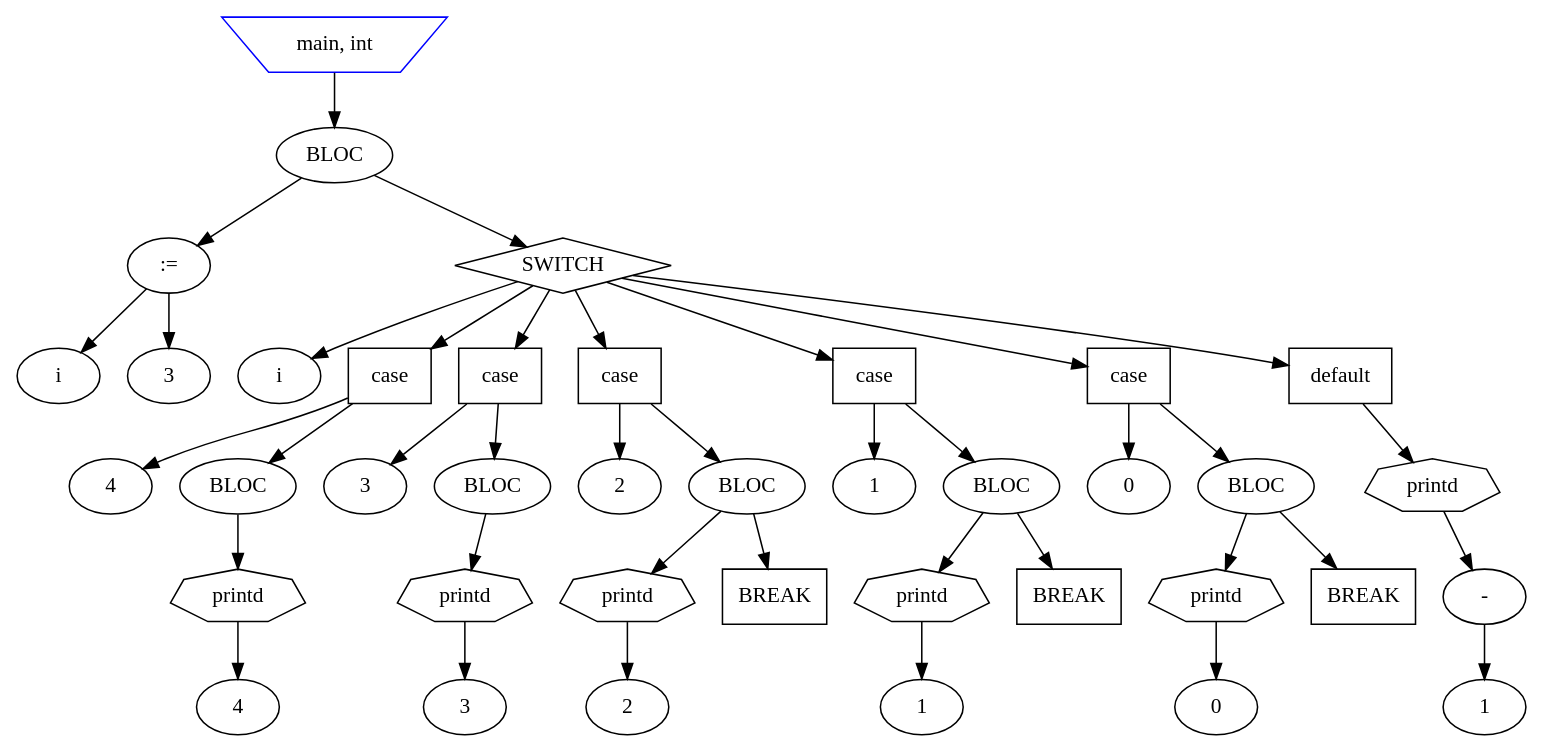
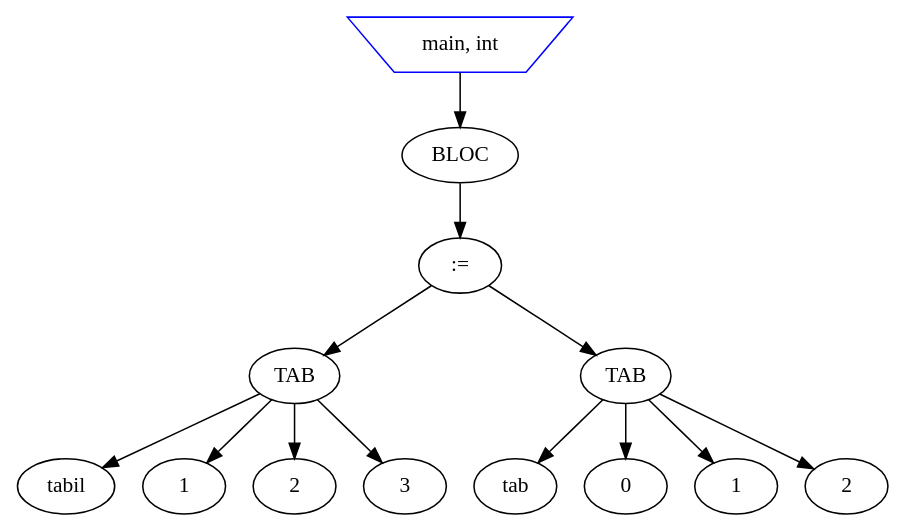
One commit to Oussama-belhout/PRJ_COMPILE_UNICA changed the diagram in Graph.dot. Above: the diagram before and after it, drawn with Graphviz. The commit also changed 9 other files, not shown here.

```diff
--- a/Graph.dot
+++ b/Graph.dot
@@ -1,79 +1,27 @@
 digraph AST {
   n0 [label="main, int", shape=invtrapezium, color=blue];
   n1 [label="BLOC", shape=ellipse];
   n0 -> n1;
   n2 [label=":=", shape=ellipse];
   n1 -> n2;
-  n3 [label="i", shape=ellipse];
+  n3 [label="TAB", shape=ellipse];
   n2 -> n3;
-  n4 [label="3", shape=ellipse];
-  n2 -> n4;
-  n5 [label="SWITCH", shape=diamond];
-  n1 -> n5;
-  n6 [label="i", shape=ellipse];
-  n5 -> n6;
-  n7 [label="case", shape=box];
-  n5 -> n7 [label=""];
-  n8 [label="4", shape=ellipse];
-  n7 -> n8;
-  n9 [label="BLOC", shape=ellipse];
-  n7 -> n9;
-  n10 [label="printd", shape=septagon];
-  n9 -> n10;
-  n11 [label="4", shape=ellipse];
-  n10 -> n11;
-  n12 [label="case", shape=box];
-  n5 -> n12 [label=""];
-  n13 [label="3", shape=ellipse];
-  n12 -> n13;
-  n14 [label="BLOC", shape=ellipse];
-  n12 -> n14;
-  n15 [label="printd", shape=septagon];
-  n14 -> n15;
-  n16 [label="3", shape=ellipse];
-  n15 -> n16;
-  n17 [label="case", shape=box];
-  n5 -> n17 [label=""];
-  n18 [label="2", shape=ellipse];
-  n17 -> n18;
-  n19 [label="BLOC", shape=ellipse];
-  n17 -> n19;
-  n20 [label="printd", shape=septagon];
-  n19 -> n20;
-  n21 [label="2", shape=ellipse];
-  n20 -> n21;
-  n22 [label="BREAK", shape=box];
-  n19 -> n22;
-  n23 [label="case", shape=box];
-  n5 -> n23 [label=""];
-  n24 [label="1", shape=ellipse];
-  n23 -> n24;
-  n25 [label="BLOC", shape=ellipse];
-  n23 -> n25;
-  n26 [label="printd", shape=septagon];
-  n25 -> n26;
-  n27 [label="1", shape=ellipse];
-  n26 -> n27;
-  n28 [label="BREAK", shape=box];
-  n25 -> n28;
-  n29 [label="case", shape=box];
-  n5 -> n29 [label=""];
-  n30 [label="0", shape=ellipse];
-  n29 -> n30;
-  n31 [label="BLOC", shape=ellipse];
-  n29 -> n31;
-  n32 [label="printd", shape=septagon];
-  n31 -> n32;
-  n33 [label="0", shape=ellipse];
-  n32 -> n33;
-  n34 [label="BREAK", shape=box];
-  n31 -> n34;
-  n35 [label="default", shape=box];
-  n5 -> n35 [label=""];
-  n36 [label="printd", shape=septagon];
-  n35 -> n36;
-  n37 [label="-", shape=ellipse];
-  n36 -> n37;
-  n38 [label="1", shape=ellipse];
-  n37 -> n38;
+  n4 [label="tabil", shape=ellipse];
+  n3 -> n4;
+  n5 [label="1", shape=ellipse];
+  n3 -> n5;
+  n6 [label="2", shape=ellipse];
+  n3 -> n6;
+  n7 [label="3", shape=ellipse];
+  n3 -> n7;
+  n8 [label="TAB", shape=ellipse];
+  n2 -> n8;
+  n9 [label="tab", shape=ellipse];
+  n8 -> n9;
+  n10 [label="0", shape=ellipse];
+  n8 -> n10;
+  n11 [label="1", shape=ellipse];
+  n8 -> n11;
+  n12 [label="2", shape=ellipse];
+  n8 -> n12;
 }
```
